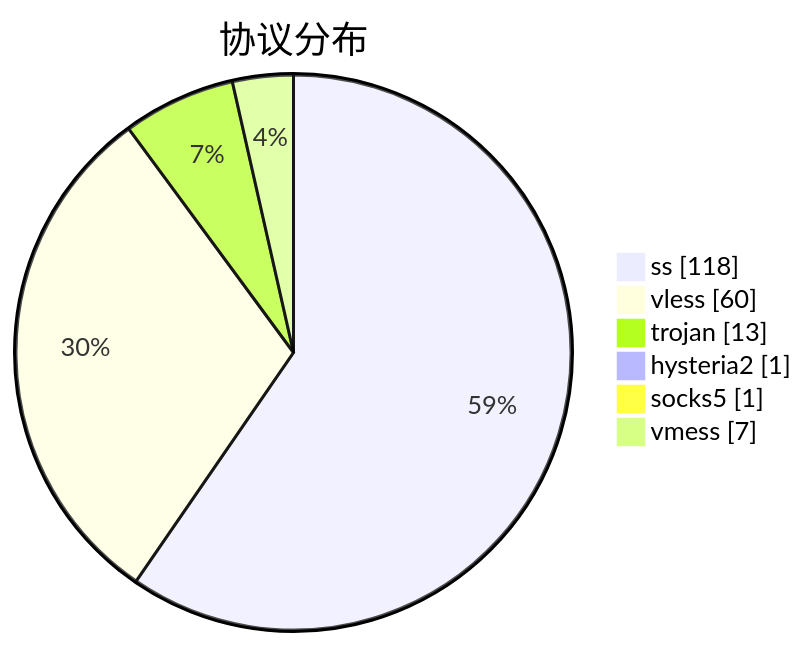
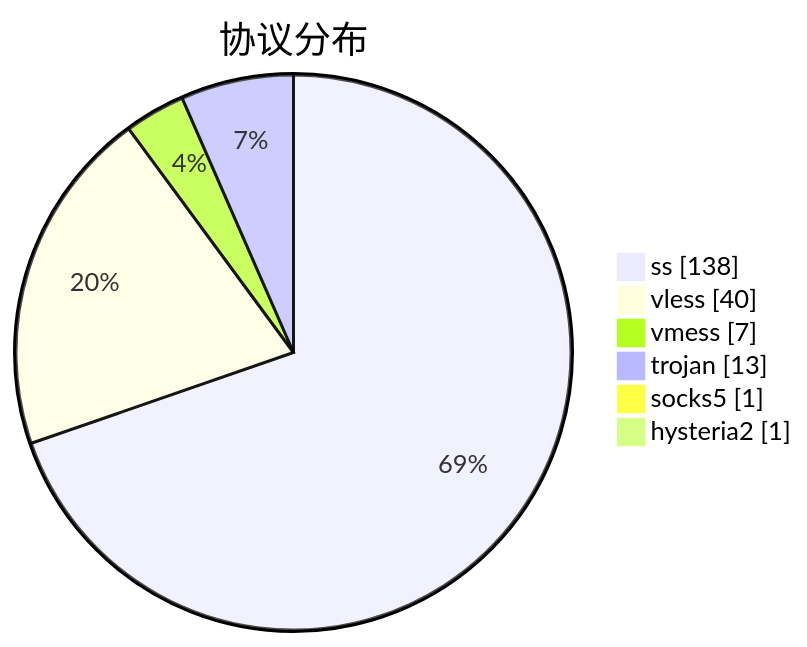
The third of 3 diagrams in subs/statistics/tested_within.md (qjlxg/airport), drawn with Mermaid before and after one commit. The commit also changed other lines of this file and 2 other files, not shown here.

````diff
--- a/subs/statistics/tested_within.md
+++ b/subs/statistics/tested_within.md
@@ -27,10 +28,10 @@
 ```mermaid
 pie showData
 title 协议分布
-"ss" : 118
-"vless" : 60
+"ss" : 138
+"vless" : 40
+"vmess" : 7
 "trojan" : 13
+"socks5" : 1
 "hysteria2" : 1
-"socks5" : 1
-"vmess" : 7
 ```
````
